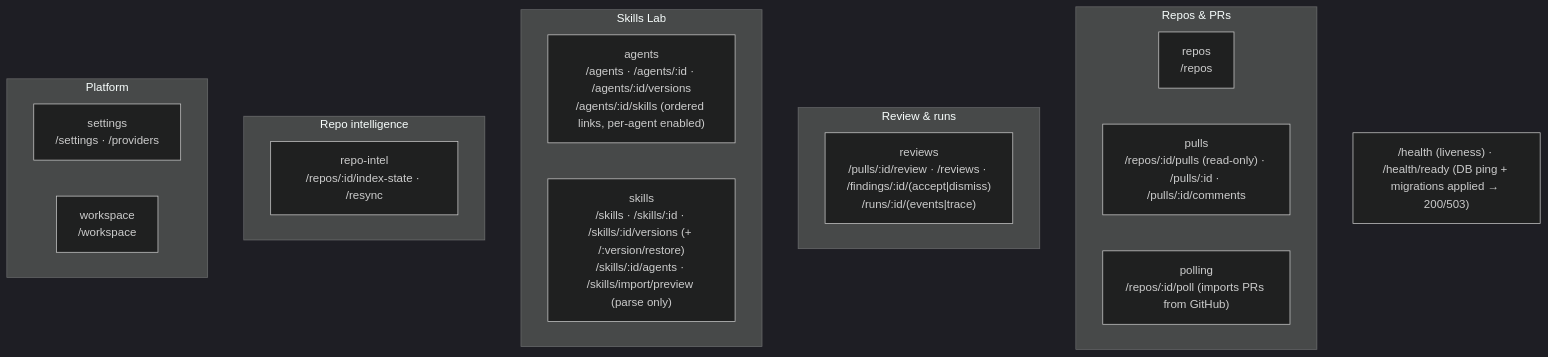
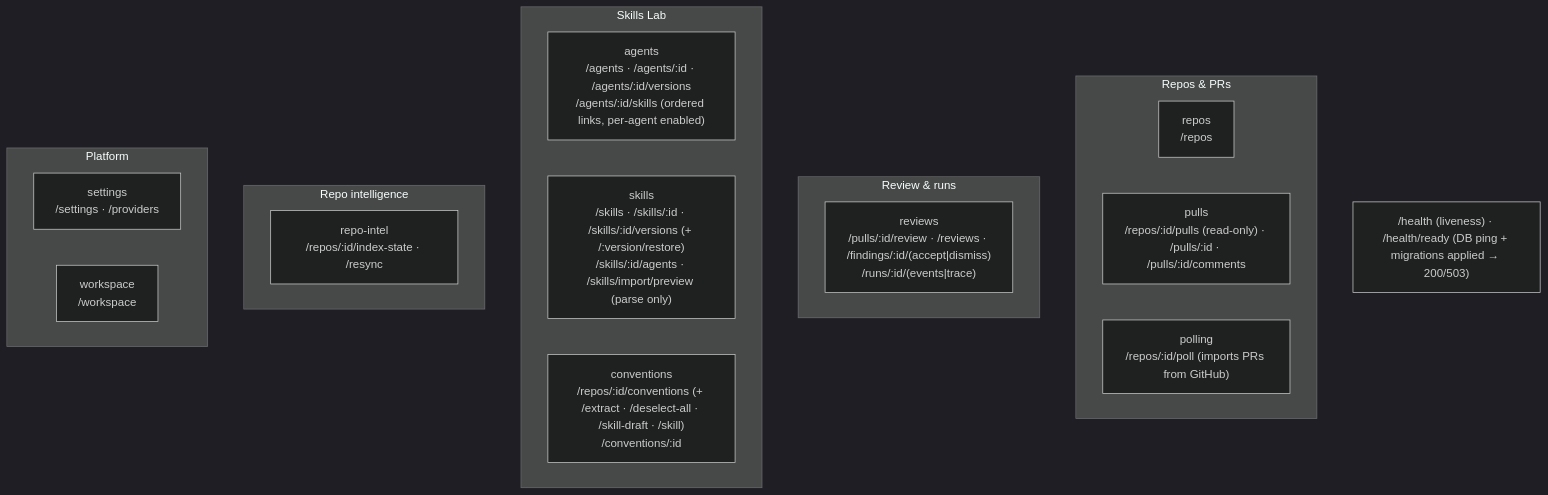
The second of 2 diagrams in server/README.md (vvovnenko/dev-digest), drawn with Mermaid (dark theme) before and after one commit. The commit also changed other lines of this file and 100 other files, not shown here.

````diff
--- a/server/README.md
+++ b/server/README.md
@@ -76,23 +76,24 @@
 ```mermaid
 flowchart TB
   subgraph Repos_PRs["Repos & PRs"]
     repos["repos<br/>/repos"]
     pulls["pulls<br/>/repos/:id/pulls (read-only) · /pulls/:id · /pulls/:id/comments"]
     polling["polling<br/>/repos/:id/poll (imports PRs from GitHub)"]
   end
   subgraph Review["Review & runs"]
     reviews["reviews<br/>/pulls/:id/review · /reviews · /findings/:id/(accept|dismiss)<br/>/runs/:id/(events|trace)"]
   end
   subgraph SkillsLab["Skills Lab"]
     agents["agents<br/>/agents · /agents/:id · /agents/:id/versions<br/>/agents/:id/skills (ordered links, per-agent enabled)"]
     skills["skills<br/>/skills · /skills/:id · /skills/:id/versions (+ /:version/restore)<br/>/skills/:id/agents · /skills/import/preview (parse only)"]
+    conventions["conventions<br/>/repos/:id/conventions (+ /extract · /deselect-all · /skill-draft · /skill)<br/>/conventions/:id"]
   end
   subgraph Intel["Repo intelligence"]
     repoIntel["repo-intel<br/>/repos/:id/index-state · /resync"]
   end
   subgraph Platform["Platform"]
     settings["settings<br/>/settings · /providers"]
     workspace["workspace<br/>/workspace"]
   end
   HEALTH["/health (liveness) · /health/ready (DB ping + migrations applied → 200/503)"]
 ```
````
